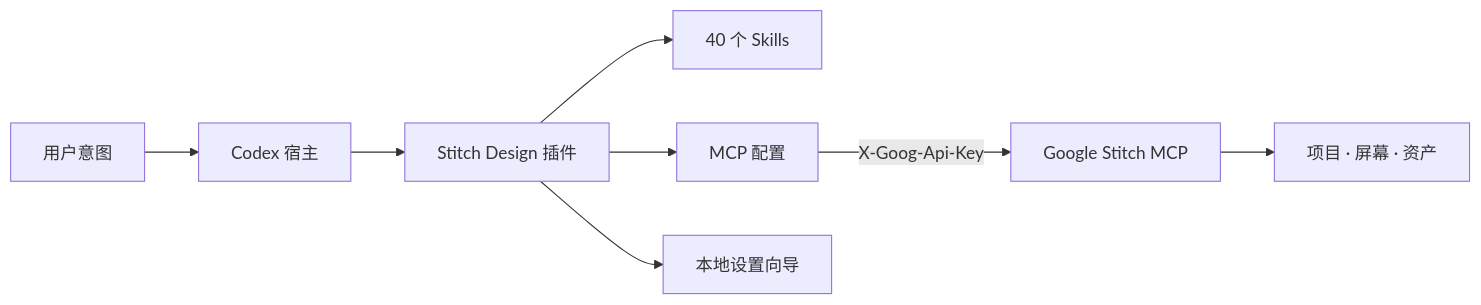
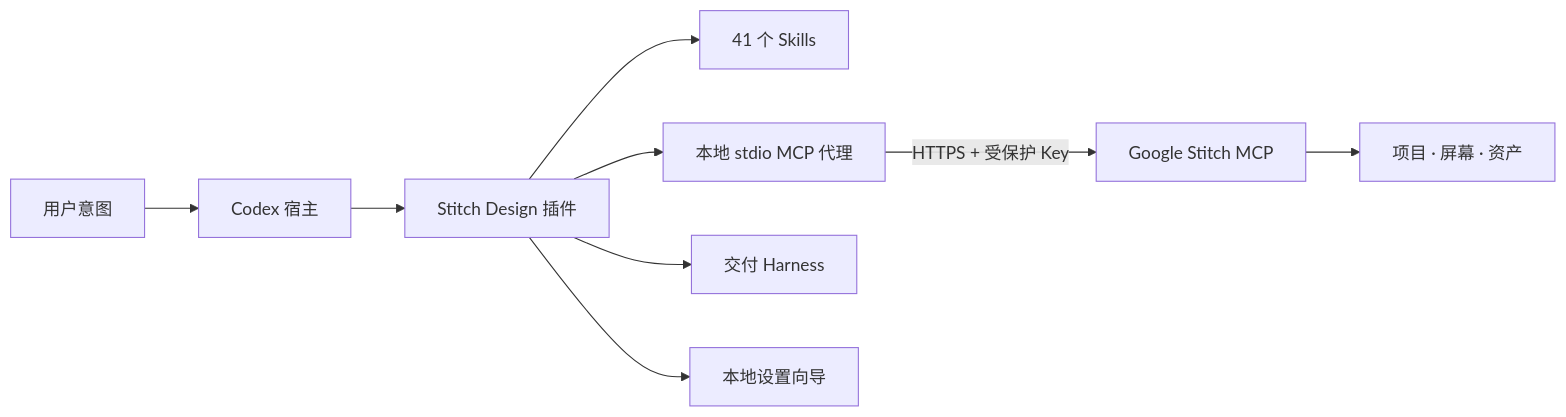
The first of 11 diagrams in docs/Stitch-Design-Architecture.zh_CN.md (full-stack-plugins/stitch-design-plugin), drawn with Mermaid before and after one commit. The commit also changed other lines of this file and 9 other files, not shown here.

Commit message:
docs: describe the verified Stitch delivery harness

````diff
--- a/docs/Stitch-Design-Architecture.zh_CN.md
+++ b/docs/Stitch-Design-Architecture.zh_CN.md
@@ -13,10 +13,11 @@
 ```mermaid
 flowchart LR
     U["用户意图"] --> C["Codex 宿主"]
     C --> P["Stitch Design 插件"]
-    P --> S["40 个 Skills"]
-    P --> M["MCP 配置"]
+    P --> S["41 个 Skills"]
+    P --> M["本地 stdio MCP 代理"]
+    P --> H["交付 Harness"]
     P --> W["本地设置向导"]
-    M -->|"X-Goog-Api-Key"| G["Google Stitch MCP"]
+    M -->|"HTTPS + 受保护 Key"| G["Google Stitch MCP"]
     G --> D["项目 · 屏幕 · 资产"]
 ```
````
